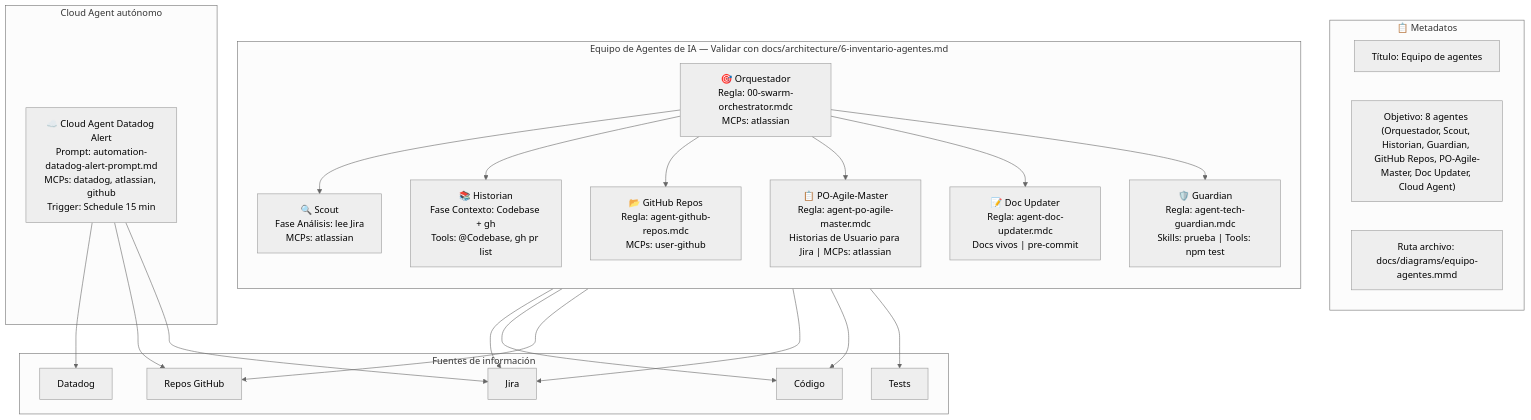
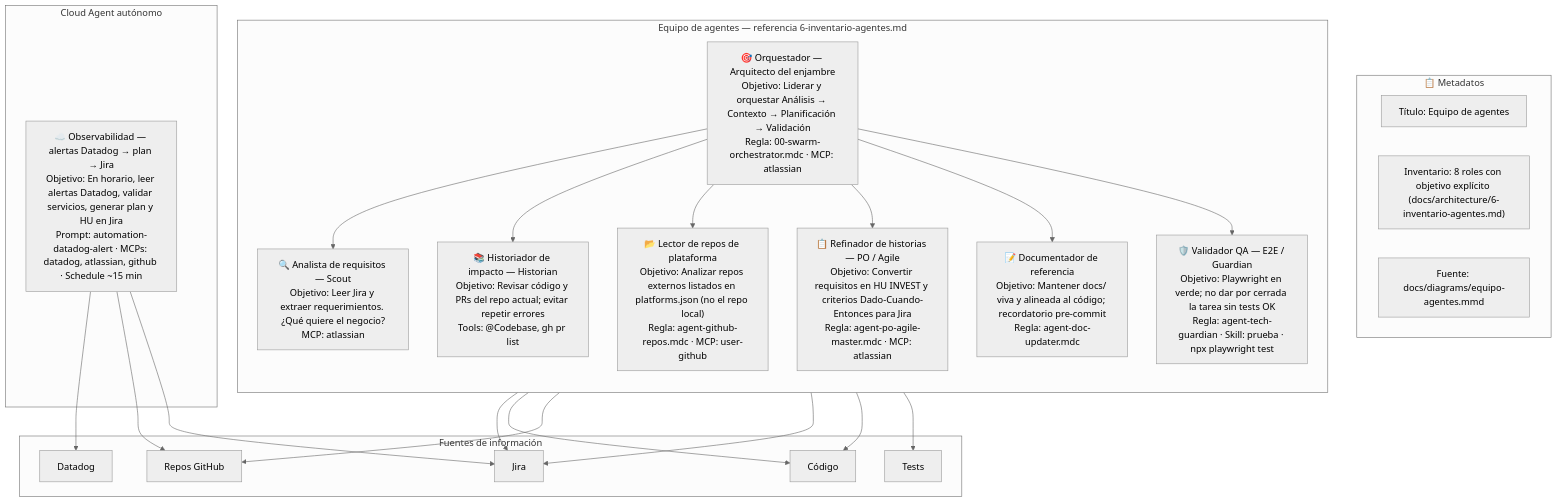
One commit to CARLOSPATINOVELEZ19/prueba-agente-po changed the diagram in docs/diagrams/equipo-agentes.mmd. Above: the diagram before and after it, drawn with Mermaid (neutral theme). The commit also changed 14 other files, not shown here.

First line of the commit message:
docs y tooling: inventario agentes, Playwright/Vitest, demo y ZIP compartible

```diff
--- a/docs/diagrams/equipo-agentes.mmd
+++ b/docs/diagrams/equipo-agentes.mmd
@@ -1,39 +1,39 @@
 flowchart TB
     subgraph metadata ["📋 Metadatos"]
         M1["Título: Equipo de agentes"]
-        M2["Objetivo: 8 agentes (Orquestador, Scout, Historian, Guardian, GitHub Repos, PO-Agile-Master, Doc Updater, Cloud Agent)"]
-        M3["Ruta archivo: docs/diagrams/equipo-agentes.mmd"]
+        M2["Inventario: 8 roles con objetivo explícito (docs/architecture/6-inventario-agentes.md)"]
+        M3["Fuente: docs/diagrams/equipo-agentes.mmd"]
     end
 
-    subgraph equipo ["Equipo de Agentes de IA — Validar con docs/architecture/6-inventario-agentes.md"]
+    subgraph equipo ["Equipo de agentes — referencia 6-inventario-agentes.md"]
         direction TB
-        O["🎯 Orquestador<br/>Regla: 00-swarm-orchestrator.mdc<br/>MCPs: atlassian"]
-        O --> S["🔍 Scout<br/>Fase Análisis: lee Jira<br/>MCPs: atlassian"]
-        O --> H["📚 Historian<br/>Fase Contexto: Codebase + gh<br/>Tools: @Codebase, gh pr list"]
-        O --> R["📂 GitHub Repos<br/>Regla: agent-github-repos.mdc<br/>MCPs: user-github"]
-        O --> P["📋 PO-Agile-Master<br/>Regla: agent-po-agile-master.mdc<br/>Historias de Usuario para Jira | MCPs: atlassian"]
-        O --> D["📝 Doc Updater<br/>Regla: agent-doc-updater.mdc<br/>Docs vivos | pre-commit"]
-        O --> G["🛡️ Guardian<br/>Regla: agent-tech-guardian.mdc<br/>Skills: prueba | Tools: npm test"]
+        O["🎯 Orquestador — Arquitecto del enjambre<br/>Objetivo: Liderar y orquestar Análisis → Contexto → Planificación → Validación<br/>Regla: 00-swarm-orchestrator.mdc · MCP: atlassian"]
+        O --> S["🔍 Analista de requisitos — Scout<br/>Objetivo: Leer Jira y extraer requerimientos. ¿Qué quiere el negocio?<br/>MCP: atlassian"]
+        O --> H["📚 Historiador de impacto — Historian<br/>Objetivo: Revisar código y PRs del repo actual; evitar repetir errores<br/>Tools: @Codebase, gh pr list"]
+        O --> R["📂 Lector de repos de plataforma<br/>Objetivo: Analizar repos externos listados en platforms.json (no el repo local)<br/>Regla: agent-github-repos.mdc · MCP: user-github"]
+        O --> P["📋 Refinador de historias — PO / Agile<br/>Objetivo: Convertir requisitos en HU INVEST y criterios Dado-Cuando-Entonces para Jira<br/>Regla: agent-po-agile-master.mdc · MCP: atlassian"]
+        O --> D["📝 Documentador de referencia<br/>Objetivo: Mantener docs/ viva y alineada al código; recordatorio pre-commit<br/>Regla: agent-doc-updater.mdc"]
+        O --> G["🛡️ Validador QA — E2E / Guardian<br/>Objetivo: Playwright en verde; no dar por cerrada la tarea sin tests OK<br/>Regla: agent-tech-guardian · Skill: prueba · npx playwright test"]
     end
 
     subgraph cloud ["Cloud Agent autónomo"]
-        CA["☁️ Cloud Agent Datadog Alert<br/>Prompt: automation-datadog-alert-prompt.md<br/>MCPs: datadog, atlassian, github<br/>Trigger: Schedule 15 min"]
+        CA["☁️ Observabilidad — alertas Datadog → plan → Jira<br/>Objetivo: En horario, leer alertas Datadog, validar servicios, generar plan y HU en Jira<br/>Prompt: automation-datadog-alert · MCPs: datadog, atlassian, github · Schedule ~15 min"]
     end
 
     subgraph fuentes ["Fuentes de información"]
         J[Jira]
         C[Código]
         GH[Repos GitHub]
         T[Tests]
         DD[Datadog]
     end
 
     S --> J
     H --> C
     R --> GH
     P --> J
     D --> C
     G --> T
     CA --> DD
     CA --> GH
     CA --> J
```
